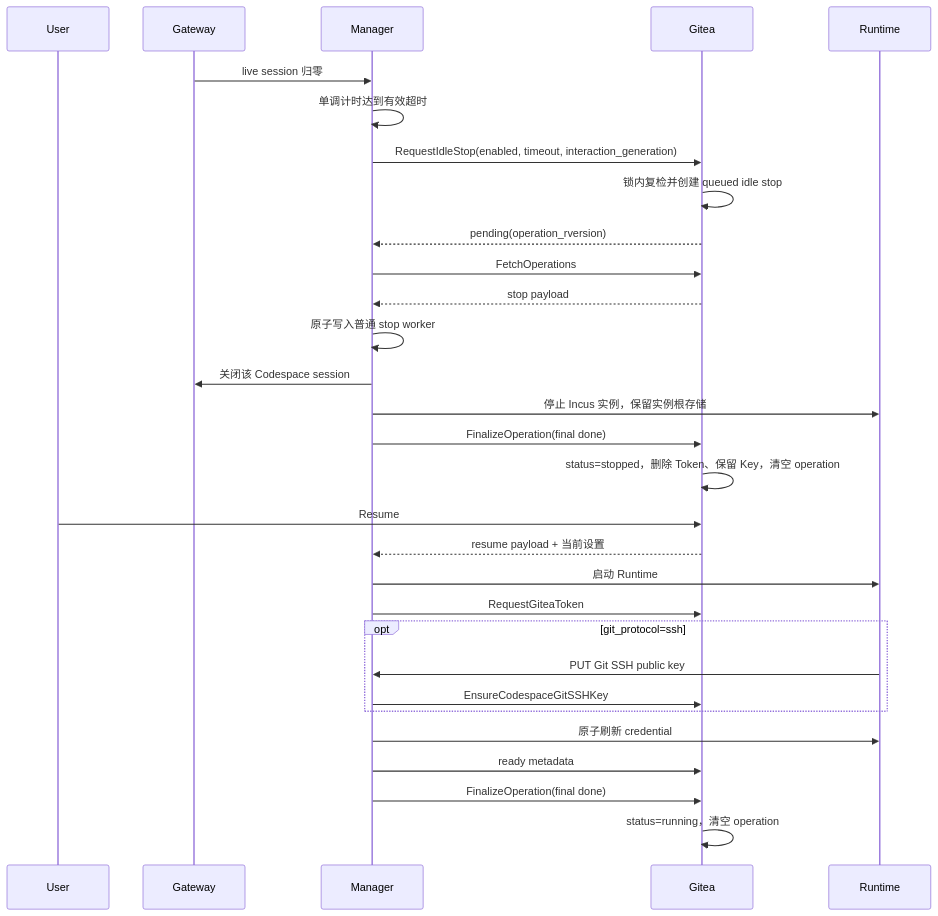
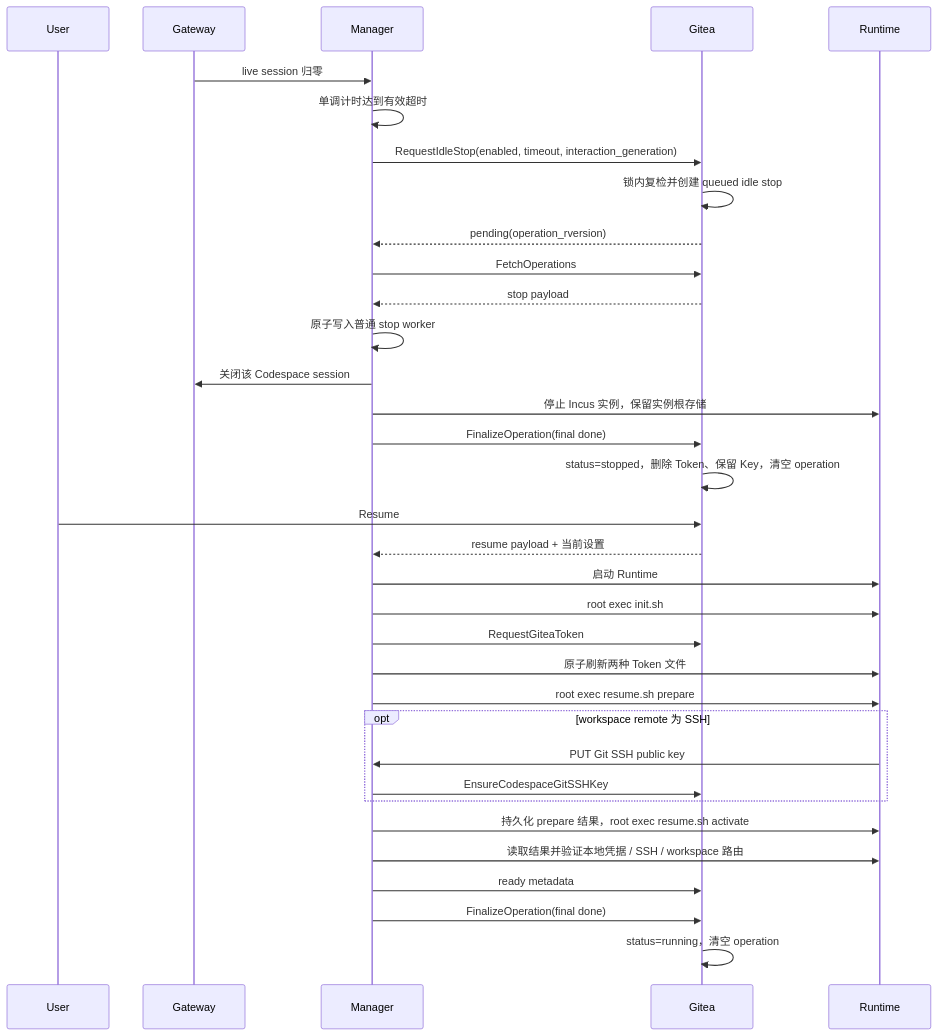
The third of 3 diagrams in src/lifecycle-flows.md (ExplodingDragon/gitea-dev), drawn with Mermaid before and after one commit. The commit also changed other lines of this file and 11 other files, not shown here.

````diff
--- a/src/lifecycle-flows.md
+++ b/src/lifecycle-flows.md
@@ -289,33 +318,37 @@
 ```mermaid
 sequenceDiagram
     participant U as User
     participant W as Gateway
     participant M as Manager
     participant G as Gitea
     participant R as Runtime
 
     W->>M: live session 归零
     M->>M: 单调计时达到有效超时
     M->>G: RequestIdleStop(enabled, timeout, interaction_generation)
     G->>G: 锁内复检并创建 queued idle stop
     G-->>M: pending(operation_rversion)
     M->>G: FetchOperations
     G-->>M: stop payload
     M->>M: 原子写入普通 stop worker
     M->>W: 关闭该 Codespace session
     M->>R: 停止 Incus 实例，保留实例根存储
     M->>G: FinalizeOperation(final done)
     G->>G: status=stopped，删除 Token、保留 Key，清空 operation
     U->>G: Resume
     G-->>M: resume payload + 当前设置
     M->>R: 启动 Runtime
+    M->>R: root exec init.sh
     M->>G: RequestGiteaToken
-    opt git_protocol=ssh
+    M->>R: 原子刷新两种 Token 文件
+    M->>R: root exec resume.sh prepare
+    opt workspace remote 为 SSH
         R->>M: PUT Git SSH public key
         M->>G: EnsureCodespaceGitSSHKey
     end
-    M->>R: 原子刷新 credential
+    M->>R: 持久化 prepare 结果，root exec resume.sh activate
+    M->>R: 读取结果并验证本地凭据 / SSH / workspace 路由
     M->>G: ready metadata
     M->>G: FinalizeOperation(final done)
     G->>G: status=running，清空 operation
 ```
````
